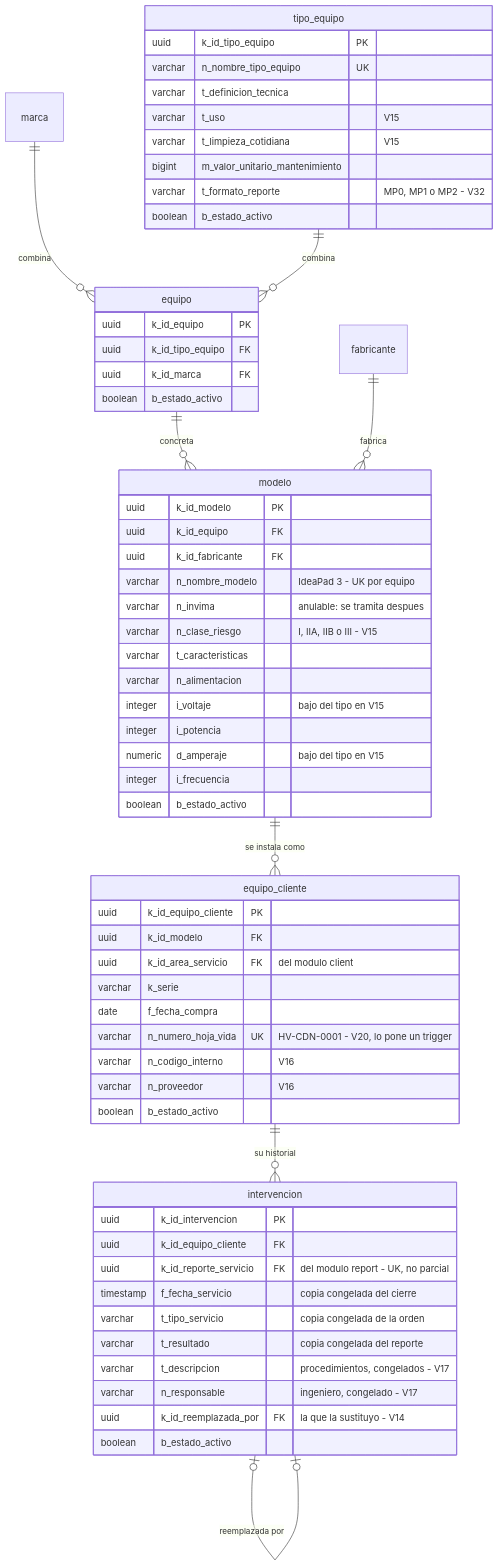
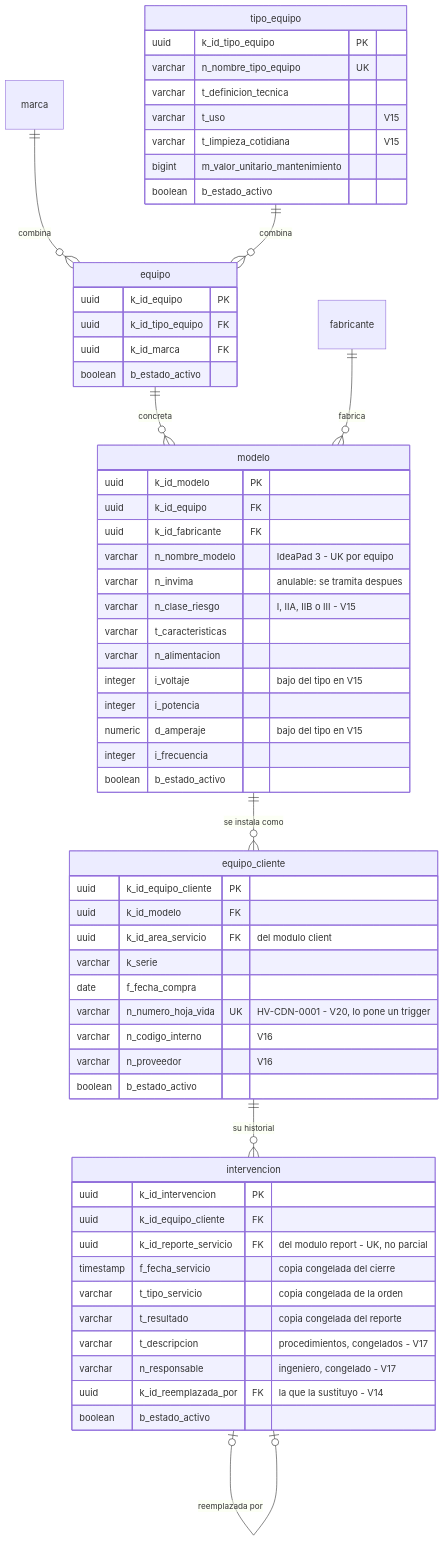
Before and after one commit to SeanBol222/MalphasOs: the fifth of 10 diagrams in SecondBrain/wiki/base-de-datos/esquema-bd-malphasos.md, drawn with Mermaid. The commit also changed other lines of this file and 4 other files, not shown here.

````diff
--- a/SecondBrain/wiki/base-de-datos/esquema-bd-malphasos.md
+++ b/SecondBrain/wiki/base-de-datos/esquema-bd-malphasos.md
@@ -369,64 +373,63 @@
 ```mermaid
 erDiagram
     marca ||--o{ equipo : "combina"
     tipo_equipo ||--o{ equipo : "combina"
     equipo ||--o{ modelo : "concreta"
     fabricante ||--o{ modelo : "fabrica"
     modelo ||--o{ equipo_cliente : "se instala como"
     equipo_cliente ||--o{ intervencion : "su historial"
     intervencion |o--o| intervencion : "reemplazada por"
     tipo_equipo {
         uuid k_id_tipo_equipo PK
         varchar n_nombre_tipo_equipo UK
         varchar t_definicion_tecnica
         varchar t_uso "V15"
         varchar t_limpieza_cotidiana "V15"
         bigint m_valor_unitario_mantenimiento
-        varchar t_formato_reporte "MP0, MP1 o MP2 - V32"
         boolean b_estado_activo
     }
     equipo {
         uuid k_id_equipo PK
         uuid k_id_tipo_equipo FK
         uuid k_id_marca FK
         boolean b_estado_activo
     }
     modelo {
         uuid k_id_modelo PK
         uuid k_id_equipo FK
         uuid k_id_fabricante FK
         varchar n_nombre_modelo "IdeaPad 3 - UK por equipo"
         varchar n_invima "anulable: se tramita despues"
         varchar n_clase_riesgo "I, IIA, IIB o III - V15"
         varchar t_caracteristicas
         varchar n_alimentacion
         integer i_voltaje "bajo del tipo en V15"
         integer i_potencia
         numeric d_amperaje "bajo del tipo en V15"
         integer i_frecuencia
         boolean b_estado_activo
     }
     equipo_cliente {
         uuid k_id_equipo_cliente PK
         uuid k_id_modelo FK
         uuid k_id_area_servicio FK "del modulo client"
         varchar k_serie
         date f_fecha_compra
         varchar n_numero_hoja_vida UK "HV-CDN-0001 - V20, lo pone un trigger"
         varchar n_codigo_interno "V16"
         varchar n_proveedor "V16"
         boolean b_estado_activo
     }
     intervencion {
         uuid k_id_intervencion PK
         uuid k_id_equipo_cliente FK
         uuid k_id_reporte_servicio FK "del modulo report - UK, no parcial"
         timestamp f_fecha_servicio "copia congelada del cierre"
         varchar t_tipo_servicio "copia congelada de la orden"
         varchar t_resultado "copia congelada del reporte"
         varchar t_descripcion "procedimientos, congelados - V17"
         varchar n_responsable "ingeniero, congelado - V17"
         uuid k_id_reemplazada_por FK "la que la sustituyo - V14"
         boolean b_estado_activo
     }
 ```
````
